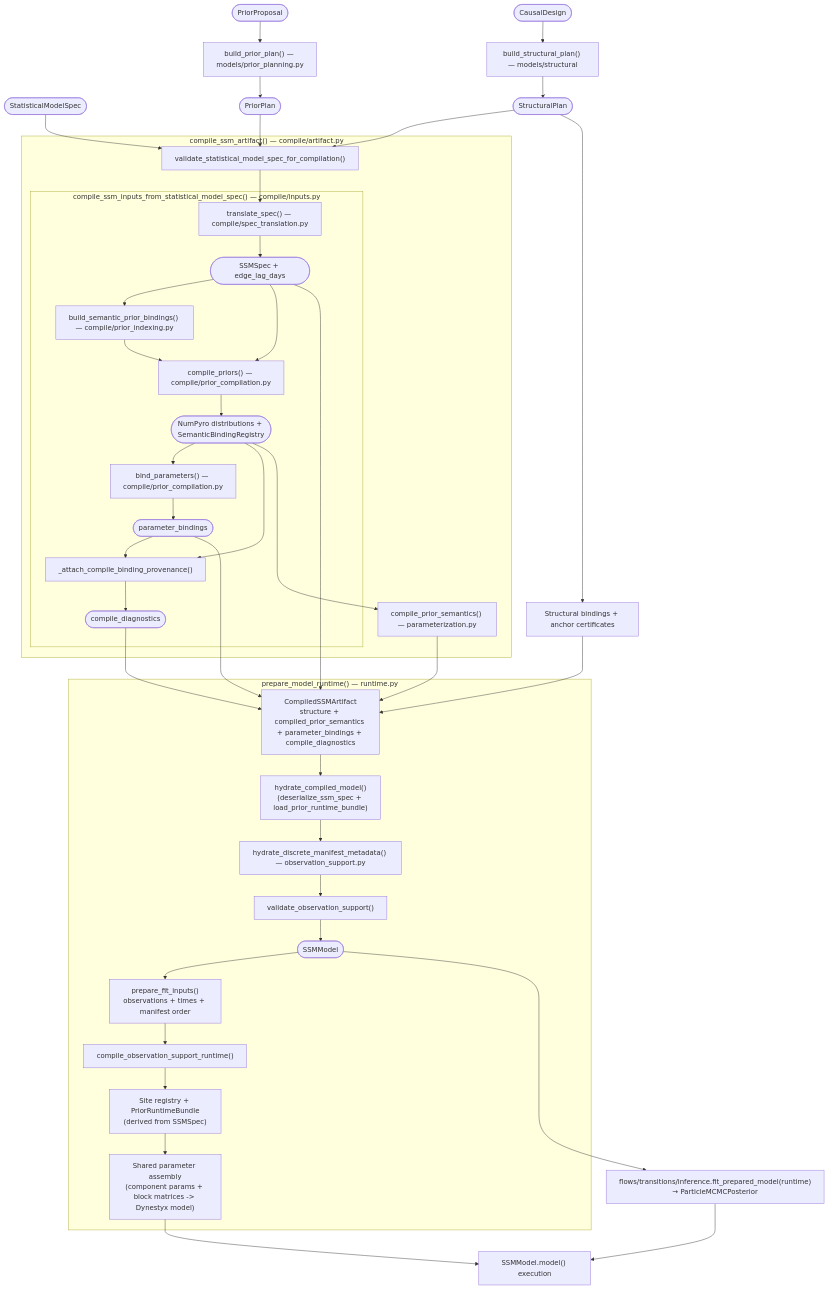
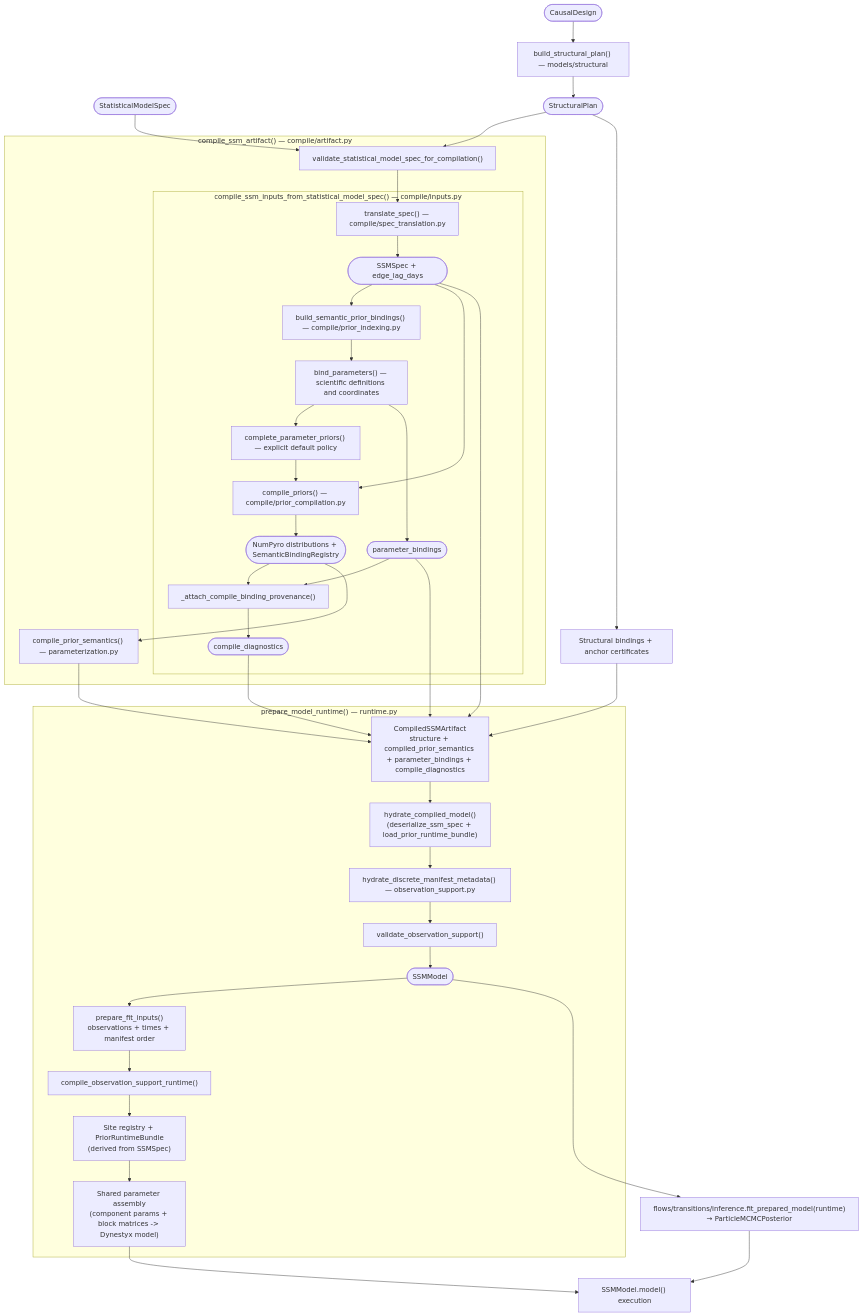
The first of 2 diagrams in docs/reference/compilation.md (ma9o/nof1-causal-lab), drawn with Mermaid before and after one commit. The commit also changed other lines of this file and 92 other files, not shown here.

Commit message:
Keep native NumPyro priors on scientific parameters

````diff
--- a/docs/reference/compilation.md
+++ b/docs/reference/compilation.md
@@ -5,63 +5,59 @@
 ```mermaid
 graph TD
     StatisticalModelSpec(["StatisticalModelSpec"])
-    PriorProposal(["PriorProposal"])
-    PriorPlan(["PriorPlan"])
     CausalDesign(["CausalDesign"])
     StructuralPlan(["StructuralPlan"])
 
     CausalDesign --> plan["build_structural_plan() — models/structural"]
     plan --> StructuralPlan
-    PriorProposal --> prior_plan["build_prior_plan() — models/prior_planning.py"]
-    prior_plan --> PriorPlan
-    StatisticalModelSpec & PriorPlan & StructuralPlan --> validate
+    StatisticalModelSpec & StructuralPlan --> validate
 
     subgraph compile_ssm_artifact ["compile_ssm_artifact() — compile/artifact.py"]
         validate["validate_statistical_model_spec_for_compilation()"]
         validate --> translate
 
         subgraph compile_statistical_model_spec ["compile_ssm_inputs_from_statistical_model_spec() — compile/inputs.py"]
             translate["translate_spec() — compile/spec_translation.py"]
             translate --> translate_out(["SSMSpec + edge_lag_days"])
             translate_out --> prior_idx["build_semantic_prior_bindings() — compile/prior_indexing.py"]
-            prior_idx --> priors["compile_priors() — compile/prior_compilation.py"]
+            prior_idx --> bind["bind_parameters() — scientific definitions and coordinates"]
+            bind --> defaults["complete_parameter_priors() — explicit default policy"]
+            defaults --> priors["compile_priors() — compile/prior_compilation.py"]
             translate_out --> priors
             priors --> priors_out(["NumPyro distributions + SemanticBindingRegistry"])
-            priors_out --> bind["bind_parameters() — compile/prior_compilation.py"]
             bind --> bind_out(["parameter_bindings"])
             priors_out --> attach_diag["_attach_compile_binding_provenance()"]
             bind_out --> attach_diag
             attach_diag --> diag_out(["compile_diagnostics"])
         end
 
         priors_out --> prior_sem["compile_prior_semantics() — parameterization.py"]
     end
 
     translate_out --> artifact
     prior_sem --> artifact
     bind_out --> artifact
     diag_out --> artifact
     StructuralPlan --> closure["Structural bindings + anchor certificates"]
     closure --> artifact
     artifact["CompiledSSMArtifact\nstructure + compiled_prior_semantics + parameter_bindings + compile_diagnostics"]
 
     subgraph prepare_model_runtime ["prepare_model_runtime() — runtime.py"]
         artifact --> model_ctor["hydrate_compiled_model()\n(deserialize_ssm_spec + load_prior_runtime_bundle)"]
         model_ctor --> hydrate["hydrate_discrete_manifest_metadata() — observation_support.py"]
         hydrate --> validate_obs["validate_observation_support()"]
         validate_obs --> ssm_model(["SSMModel"])
         ssm_model --> arrays["prepare_fit_inputs()\nobservations + times + manifest order"]
         arrays --> support["compile_observation_support_runtime()"]
         support --> registry["Site registry + PriorRuntimeBundle\n(derived from SSMSpec)"]
         registry --> assemble["Shared parameter assembly\n(component params + block matrices -> Dynestyx model)"]
     end
 
     ssm_model --> fit["flows/transitions/inference.fit_prepared_model(runtime)\n→ ParticleMCMCPosterior"]
     fit --> execute["SSMModel.model() execution"]
     assemble --> execute
 
     click StatisticalModelSpec "../pipeline/statistical-model-spec.md#statisticalmodelspec"
-    click PriorProposal "../pipeline/statistical-model-spec.md#priorproposal"
     click CausalDesign "../pipeline/measurement-structure.md#causaldesign"
     click StructuralPlan "../pipeline/measurement-structure.md#structuralplan"
 ```
````
